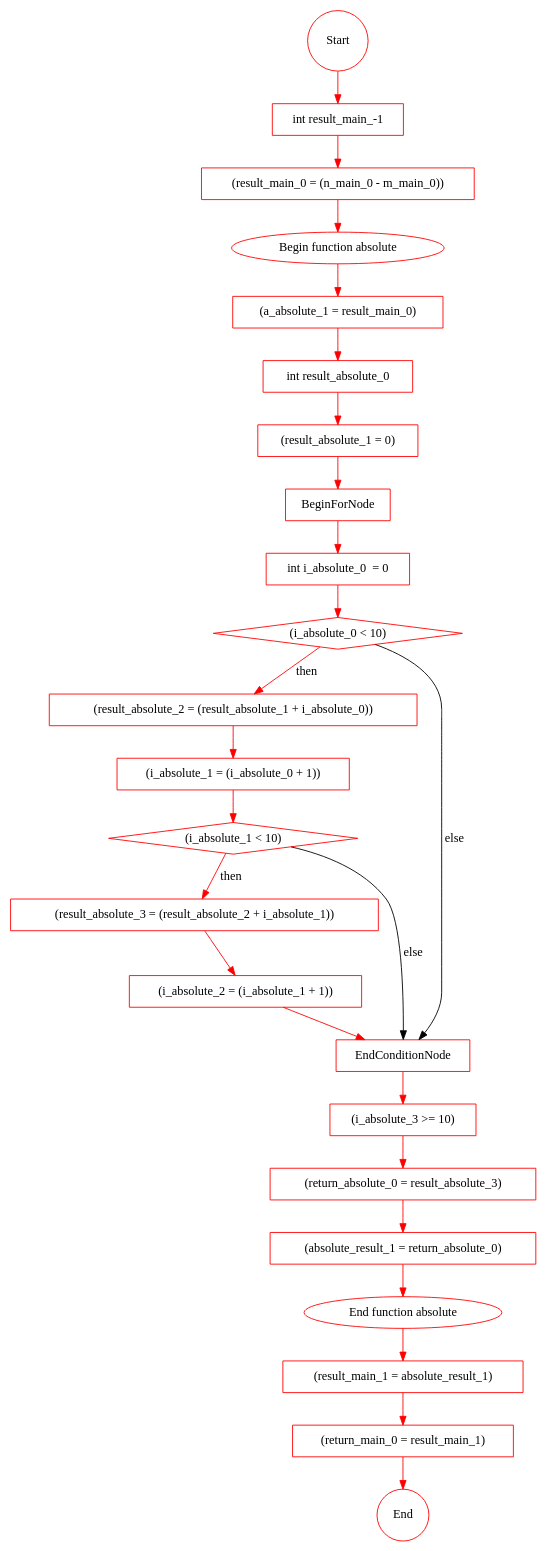
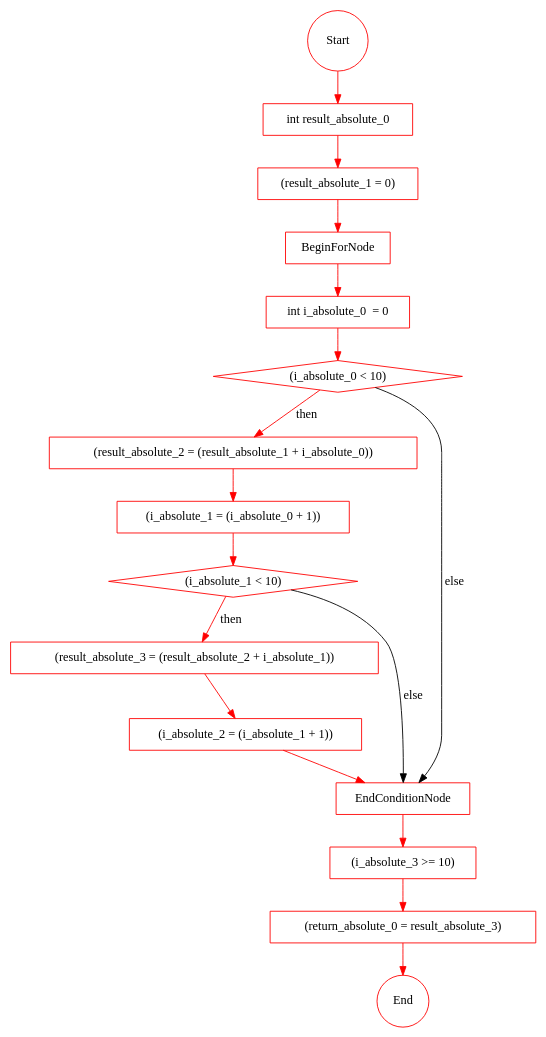
One commit to vananhnt/Vtse-VerificationTool changed the diagram in graph.dot. Above: the diagram before and after it, drawn with Graphviz. The commit also changed 3 other files, not shown here.

```diff
--- a/graph.dot
+++ b/graph.dot
@@ -1,119 +1,75 @@
 strict digraph {
 Start[label="Start" shape=circle];
-"Start" -> "int result_main_-1 403663089";
-"int result_main_-1 403663089" -> "(result_main_0 = (n_main_0 - m_main_0))1129521834";
-"int result_main_-1 403663089" [ label="int result_main_-1 " shape=rectangle];
-"(result_main_0 = (n_main_0 - m_main_0))1129521834" [ label="(result_main_0 = (n_main_0 - m_main_0))" shape=rectangle];
-"(result_main_0 = (n_main_0 - m_main_0))1129521834" -> "1096203803";
-"(result_main_0 = (n_main_0 - m_main_0))1129521834" [ label="(result_main_0 = (n_main_0 - m_main_0))" shape=rectangle];
-"1096203803" [ label="" shape=rectangle];
-"1096203803" [ label= "Begin function absolute" shape=oval];
-"1096203803" -> "(a_absolute_1 = result_main_0)887253891";
-"1096203803" [ label="" shape=rectangle];
-"1096203803" [ label= "Begin function absolute" shape=oval];
-"(a_absolute_1 = result_main_0)887253891" [ label="(a_absolute_1 = result_main_0)" shape=rectangle];
-"(a_absolute_1 = result_main_0)887253891" -> "int result_absolute_0 1464456462";
-"(a_absolute_1 = result_main_0)887253891" [ label="(a_absolute_1 = result_main_0)" shape=rectangle];
-"int result_absolute_0 1464456462" [ label="int result_absolute_0 " shape=rectangle];
-"int result_absolute_0 1464456462" -> "(result_absolute_1 = 0)232123199";
-"int result_absolute_0 1464456462" [ label="int result_absolute_0 " shape=rectangle];
-"(result_absolute_1 = 0)232123199" [ label="(result_absolute_1 = 0)" shape=rectangle];
-"(result_absolute_1 = 0)232123199" -> "2038905592";
-"(result_absolute_1 = 0)232123199" [ label="(result_absolute_1 = 0)" shape=rectangle];
-"2038905592" [ label="BeginForNode" shape=rectangle];
-"2038905592" -> "int i_absolute_0  = 01587476536";
-"2038905592" [ label="BeginForNode" shape=rectangle];
-"int i_absolute_0  = 01587476536" [ label="int i_absolute_0  = 0" shape=rectangle];
-"int i_absolute_0  = 01587476536" -> "(i_absolute_0 < 10)1197909824";
-"int i_absolute_0  = 01587476536" [ label="int i_absolute_0  = 0" shape=rectangle];
-"(i_absolute_0 < 10)1197909824" [ label="(i_absolute_0 < 10)" shape=rectangle];
-"(i_absolute_0 < 10)1197909824" [ shape=diamond ];
-"(i_absolute_0 < 10)1197909824" -> "(result_absolute_2 = (result_absolute_1 + i_absolute_0))1707614336"[ label="then" ];
-"(result_absolute_2 = (result_absolute_1 + i_absolute_0))1707614336" -> "(i_absolute_1 = (i_absolute_0 + 1))634951227";
-"(result_absolute_2 = (result_absolute_1 + i_absolute_0))1707614336" [ label="(result_absolute_2 = (result_absolute_1 + i_absolute_0))" shape=rectangle];
-"(i_absolute_1 = (i_absolute_0 + 1))634951227" [ label="(i_absolute_1 = (i_absolute_0 + 1))" shape=rectangle];
-"(i_absolute_1 = (i_absolute_0 + 1))634951227" -> "(i_absolute_1 < 10)212788608";
-"(i_absolute_1 = (i_absolute_0 + 1))634951227" [ label="(i_absolute_1 = (i_absolute_0 + 1))" shape=rectangle];
-"(i_absolute_1 < 10)212788608" [ label="(i_absolute_1 < 10)" shape=rectangle];
-"(i_absolute_1 < 10)212788608" [ shape=diamond ];
-"(i_absolute_1 < 10)212788608" -> "(result_absolute_3 = (result_absolute_2 + i_absolute_1))2113933298"[ label="then" ];
-"(result_absolute_3 = (result_absolute_2 + i_absolute_1))2113933298" -> "(i_absolute_2 = (i_absolute_1 + 1))1516825746";
-"(result_absolute_3 = (result_absolute_2 + i_absolute_1))2113933298" [ label="(result_absolute_3 = (result_absolute_2 + i_absolute_1))" shape=rectangle];
-"(i_absolute_2 = (i_absolute_1 + 1))1516825746" [ label="(i_absolute_2 = (i_absolute_1 + 1))" shape=rectangle];
-"(i_absolute_2 = (i_absolute_1 + 1))1516825746" -> "996200618";
-"(i_absolute_2 = (i_absolute_1 + 1))1516825746" [ label="(i_absolute_2 = (i_absolute_1 + 1))" shape=rectangle];
-"996200618" [ label="EndConditionNode" shape=rectangle];
-"(i_absolute_1 < 10)212788608" -> "996200618"[ label="else" ];
-"(i_absolute_0 < 10)1197909824" -> "996200618"[ label="else" ];
-"996200618" -> "(i_absolute_3 >= 10)1075421347";
-"996200618" [ label="EndConditionNode" shape=rectangle];
-"(i_absolute_3 >= 10)1075421347" [ label="(i_absolute_3 >= 10)" shape=rectangle];
-"(i_absolute_3 >= 10)1075421347" -> "(return_absolute_0 = result_absolute_3)1041778893";
-"(i_absolute_3 >= 10)1075421347" [ label="(i_absolute_3 >= 10)" shape=rectangle];
-"(return_absolute_0 = result_absolute_3)1041778893" [ label="(return_absolute_0 = result_absolute_3)" shape=rectangle];
-"(return_absolute_0 = result_absolute_3)1041778893" -> "(absolute_result_1 = return_absolute_0)596197344";
-"(return_absolute_0 = result_absolute_3)1041778893" [ label="(return_absolute_0 = result_absolute_3)" shape=rectangle];
-"(absolute_result_1 = return_absolute_0)596197344" [ label="(absolute_result_1 = return_absolute_0)" shape=rectangle];
-"(absolute_result_1 = return_absolute_0)596197344" -> "517033659";
-"(absolute_result_1 = return_absolute_0)596197344" [ label="(absolute_result_1 = return_absolute_0)" shape=rectangle];
-"517033659" [ label="" shape=rectangle];
-"517033659" [ label= "End function absolute" shape=oval];
-"517033659" -> "(result_main_1 = absolute_result_1)323021178";
-"517033659" [ label="" shape=rectangle];
-"517033659" [ label= "End function absolute" shape=oval];
-"(result_main_1 = absolute_result_1)323021178" [ label="(result_main_1 = absolute_result_1)" shape=rectangle];
-"(result_main_1 = absolute_result_1)323021178" -> "(return_main_0 = result_main_1)1877116415";
-"(result_main_1 = absolute_result_1)323021178" [ label="(result_main_1 = absolute_result_1)" shape=rectangle];
-"(return_main_0 = result_main_1)1877116415" [ label="(return_main_0 = result_main_1)" shape=rectangle];
-"(return_main_0 = result_main_1)1877116415" -> "92193244";
-"(return_main_0 = result_main_1)1877116415" [ label="(return_main_0 = result_main_1)" shape=rectangle];
-"92193244" [ label="" shape=rectangle];
-"92193244" [ label= "End" shape=circle];
+"Start" -> "int result_absolute_0 1538961083";
+"int result_absolute_0 1538961083" -> "(result_absolute_1 = 0)563874307";
+"int result_absolute_0 1538961083" [ label="int result_absolute_0 " shape=rectangle];
+"(result_absolute_1 = 0)563874307" [ label="(result_absolute_1 = 0)" shape=rectangle];
+"(result_absolute_1 = 0)563874307" -> "147351591";
+"(result_absolute_1 = 0)563874307" [ label="(result_absolute_1 = 0)" shape=rectangle];
+"147351591" [ label="BeginForNode" shape=rectangle];
+"147351591" -> "int i_absolute_0  = 0797650642";
+"147351591" [ label="BeginForNode" shape=rectangle];
+"int i_absolute_0  = 0797650642" [ label="int i_absolute_0  = 0" shape=rectangle];
+"int i_absolute_0  = 0797650642" -> "(i_absolute_0 < 10)566924014";
+"int i_absolute_0  = 0797650642" [ label="int i_absolute_0  = 0" shape=rectangle];
+"(i_absolute_0 < 10)566924014" [ label="(i_absolute_0 < 10)" shape=rectangle];
+"(i_absolute_0 < 10)566924014" [ shape=diamond ];
+"(i_absolute_0 < 10)566924014" -> "(result_absolute_2 = (result_absolute_1 + i_absolute_0))1623677126"[ label="then" ];
+"(result_absolute_2 = (result_absolute_1 + i_absolute_0))1623677126" -> "(i_absolute_1 = (i_absolute_0 + 1))721784233";
+"(result_absolute_2 = (result_absolute_1 + i_absolute_0))1623677126" [ label="(result_absolute_2 = (result_absolute_1 + i_absolute_0))" shape=rectangle];
+"(i_absolute_1 = (i_absolute_0 + 1))721784233" [ label="(i_absolute_1 = (i_absolute_0 + 1))" shape=rectangle];
+"(i_absolute_1 = (i_absolute_0 + 1))721784233" -> "(i_absolute_1 < 10)1569639333";
+"(i_absolute_1 = (i_absolute_0 + 1))721784233" [ label="(i_absolute_1 = (i_absolute_0 + 1))" shape=rectangle];
+"(i_absolute_1 < 10)1569639333" [ label="(i_absolute_1 < 10)" shape=rectangle];
+"(i_absolute_1 < 10)1569639333" [ shape=diamond ];
+"(i_absolute_1 < 10)1569639333" -> "(result_absolute_3 = (result_absolute_2 + i_absolute_1))673611544"[ label="then" ];
+"(result_absolute_3 = (result_absolute_2 + i_absolute_1))673611544" -> "(i_absolute_2 = (i_absolute_1 + 1))1920795570";
+"(result_absolute_3 = (result_absolute_2 + i_absolute_1))673611544" [ label="(result_absolute_3 = (result_absolute_2 + i_absolute_1))" shape=rectangle];
+"(i_absolute_2 = (i_absolute_1 + 1))1920795570" [ label="(i_absolute_2 = (i_absolute_1 + 1))" shape=rectangle];
+"(i_absolute_2 = (i_absolute_1 + 1))1920795570" -> "1964159121";
+"(i_absolute_2 = (i_absolute_1 + 1))1920795570" [ label="(i_absolute_2 = (i_absolute_1 + 1))" shape=rectangle];
+"1964159121" [ label="EndConditionNode" shape=rectangle];
+"(i_absolute_1 < 10)1569639333" -> "1964159121"[ label="else" ];
+"(i_absolute_0 < 10)566924014" -> "1964159121"[ label="else" ];
+"1964159121" -> "(i_absolute_3 >= 10)1592434293";
+"1964159121" [ label="EndConditionNode" shape=rectangle];
+"(i_absolute_3 >= 10)1592434293" [ label="(i_absolute_3 >= 10)" shape=rectangle];
+"(i_absolute_3 >= 10)1592434293" -> "(return_absolute_0 = result_absolute_3)1169155087";
+"(i_absolute_3 >= 10)1592434293" [ label="(i_absolute_3 >= 10)" shape=rectangle];
+"(return_absolute_0 = result_absolute_3)1169155087" [ label="(return_absolute_0 = result_absolute_3)" shape=rectangle];
+"(return_absolute_0 = result_absolute_3)1169155087" -> "1607802779";
+"(return_absolute_0 = result_absolute_3)1169155087" [ label="(return_absolute_0 = result_absolute_3)" shape=rectangle];
+"1607802779" [ label="" shape=rectangle];
+"1607802779" [ label= "End" shape=circle];
 Start[label="Start" shape=circle];
-"Start" -> "int result_main_-1 403663089";
+"Start" -> "int result_absolute_0 1538961083";
 Start[label="Start" shape=circle color=red];
-"Start" -> "int result_main_-1 403663089" [ color="red"];
-"int result_main_-1 403663089" [ color="red"];
-"(result_main_0 = (n_main_0 - m_main_0))1129521834" [ color="red"];
-"1096203803" [ color="red"];
-"(a_absolute_1 = result_main_0)887253891" [ color="red"];
-"int result_absolute_0 1464456462" [ color="red"];
-"(result_absolute_1 = 0)232123199" [ color="red"];
-"2038905592" [ color="red"];
-"int i_absolute_0  = 01587476536" [ color="red"];
-"(i_absolute_0 < 10)1197909824" [ color="red"];
-"(result_absolute_2 = (result_absolute_1 + i_absolute_0))1707614336" [ color="red"];
-"(i_absolute_1 = (i_absolute_0 + 1))634951227" [ color="red"];
-"(i_absolute_1 < 10)212788608" [ color="red"];
-"(result_absolute_3 = (result_absolute_2 + i_absolute_1))2113933298" [ color="red"];
-"(i_absolute_2 = (i_absolute_1 + 1))1516825746" [ color="red"];
-"996200618" [ color="red"];
-"(i_absolute_3 >= 10)1075421347" [ color="red"];
-"(return_absolute_0 = result_absolute_3)1041778893" [ color="red"];
-"(absolute_result_1 = return_absolute_0)596197344" [ color="red"];
-"517033659" [ color="red"];
-"(result_main_1 = absolute_result_1)323021178" [ color="red"];
-"(return_main_0 = result_main_1)1877116415" [ color="red"];
-"92193244" [ color="red"];
-"int result_main_-1 403663089" -> "(result_main_0 = (n_main_0 - m_main_0))1129521834" [ color="red"];
-"(result_main_0 = (n_main_0 - m_main_0))1129521834" -> "1096203803" [ color="red"];
-"1096203803" -> "(a_absolute_1 = result_main_0)887253891" [ color="red"];
-"(a_absolute_1 = result_main_0)887253891" -> "int result_absolute_0 1464456462" [ color="red"];
-"int result_absolute_0 1464456462" -> "(result_absolute_1 = 0)232123199" [ color="red"];
-"(result_absolute_1 = 0)232123199" -> "2038905592" [ color="red"];
-"2038905592" -> "int i_absolute_0  = 01587476536" [ color="red"];
-"int i_absolute_0  = 01587476536" -> "(i_absolute_0 < 10)1197909824" [ color="red"];
-"(i_absolute_0 < 10)1197909824" -> "(result_absolute_2 = (result_absolute_1 + i_absolute_0))1707614336" [ color="red"];
-"(result_absolute_2 = (result_absolute_1 + i_absolute_0))1707614336" -> "(i_absolute_1 = (i_absolute_0 + 1))634951227" [ color="red"];
-"(i_absolute_1 = (i_absolute_0 + 1))634951227" -> "(i_absolute_1 < 10)212788608" [ color="red"];
-"(i_absolute_1 < 10)212788608" -> "(result_absolute_3 = (result_absolute_2 + i_absolute_1))2113933298" [ color="red"];
-"(result_absolute_3 = (result_absolute_2 + i_absolute_1))2113933298" -> "(i_absolute_2 = (i_absolute_1 + 1))1516825746" [ color="red"];
-"(i_absolute_2 = (i_absolute_1 + 1))1516825746" -> "996200618" [ color="red"];
-"996200618" -> "(i_absolute_3 >= 10)1075421347" [ color="red"];
-"(i_absolute_3 >= 10)1075421347" -> "(return_absolute_0 = result_absolute_3)1041778893" [ color="red"];
-"(return_absolute_0 = result_absolute_3)1041778893" -> "(absolute_result_1 = return_absolute_0)596197344" [ color="red"];
-"(absolute_result_1 = return_absolute_0)596197344" -> "517033659" [ color="red"];
-"517033659" -> "(result_main_1 = absolute_result_1)323021178" [ color="red"];
-"(result_main_1 = absolute_result_1)323021178" -> "(return_main_0 = result_main_1)1877116415" [ color="red"];
-"(return_main_0 = result_main_1)1877116415" -> "92193244" [ color="red"];
+"Start" -> "int result_absolute_0 1538961083" [ color="red"];
+"int result_absolute_0 1538961083" [ color="red"];
+"(result_absolute_1 = 0)563874307" [ color="red"];
+"147351591" [ color="red"];
+"int i_absolute_0  = 0797650642" [ color="red"];
+"(i_absolute_0 < 10)566924014" [ color="red"];
+"(result_absolute_2 = (result_absolute_1 + i_absolute_0))1623677126" [ color="red"];
+"(i_absolute_1 = (i_absolute_0 + 1))721784233" [ color="red"];
+"(i_absolute_1 < 10)1569639333" [ color="red"];
+"(result_absolute_3 = (result_absolute_2 + i_absolute_1))673611544" [ color="red"];
+"(i_absolute_2 = (i_absolute_1 + 1))1920795570" [ color="red"];
+"1964159121" [ color="red"];
+"(i_absolute_3 >= 10)1592434293" [ color="red"];
+"(return_absolute_0 = result_absolute_3)1169155087" [ color="red"];
+"1607802779" [ color="red"];
+"int result_absolute_0 1538961083" -> "(result_absolute_1 = 0)563874307" [ color="red"];
+"(result_absolute_1 = 0)563874307" -> "147351591" [ color="red"];
+"147351591" -> "int i_absolute_0  = 0797650642" [ color="red"];
+"int i_absolute_0  = 0797650642" -> "(i_absolute_0 < 10)566924014" [ color="red"];
+"(i_absolute_0 < 10)566924014" -> "(result_absolute_2 = (result_absolute_1 + i_absolute_0))1623677126" [ color="red"];
+"(result_absolute_2 = (result_absolute_1 + i_absolute_0))1623677126" -> "(i_absolute_1 = (i_absolute_0 + 1))721784233" [ color="red"];
+"(i_absolute_1 = (i_absolute_0 + 1))721784233" -> "(i_absolute_1 < 10)1569639333" [ color="red"];
+"(i_absolute_1 < 10)1569639333" -> "(result_absolute_3 = (result_absolute_2 + i_absolute_1))673611544" [ color="red"];
+"(result_absolute_3 = (result_absolute_2 + i_absolute_1))673611544" -> "(i_absolute_2 = (i_absolute_1 + 1))1920795570" [ color="red"];
+"(i_absolute_2 = (i_absolute_1 + 1))1920795570" -> "1964159121" [ color="red"];
+"1964159121" -> "(i_absolute_3 >= 10)1592434293" [ color="red"];
+"(i_absolute_3 >= 10)1592434293" -> "(return_absolute_0 = result_absolute_3)1169155087" [ color="red"];
+"(return_absolute_0 = result_absolute_3)1169155087" -> "1607802779" [ color="red"];
 }
```
